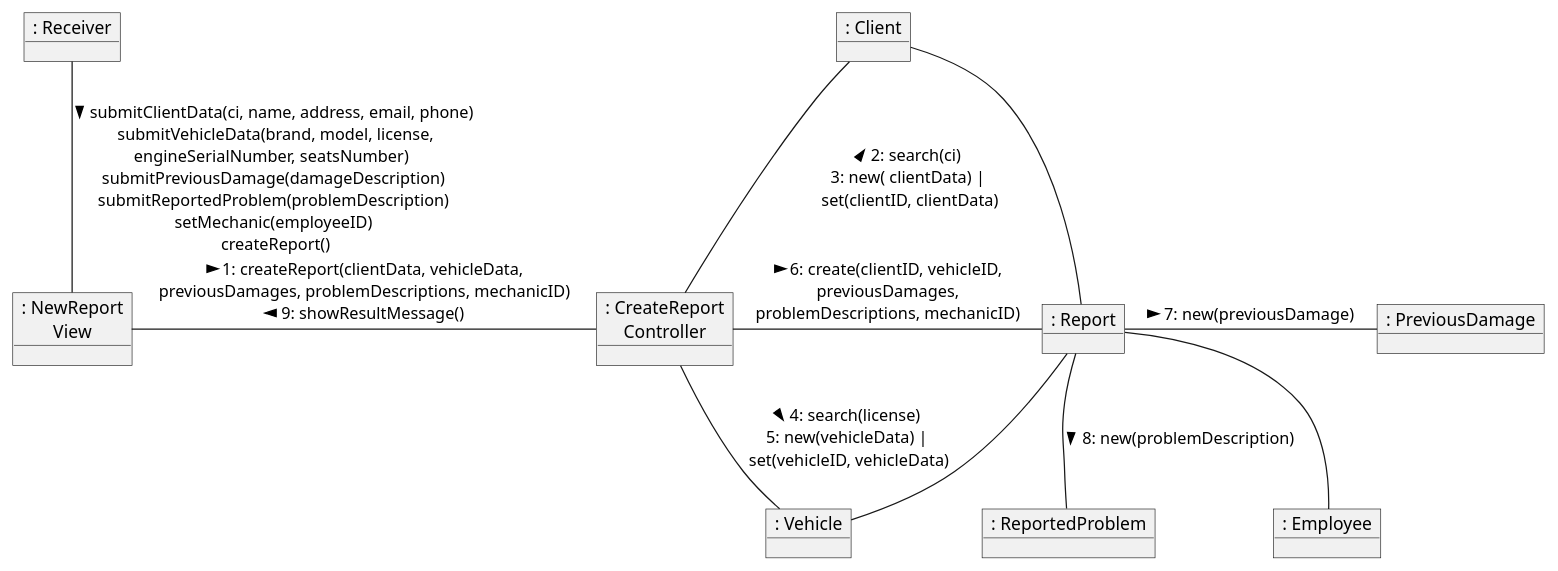
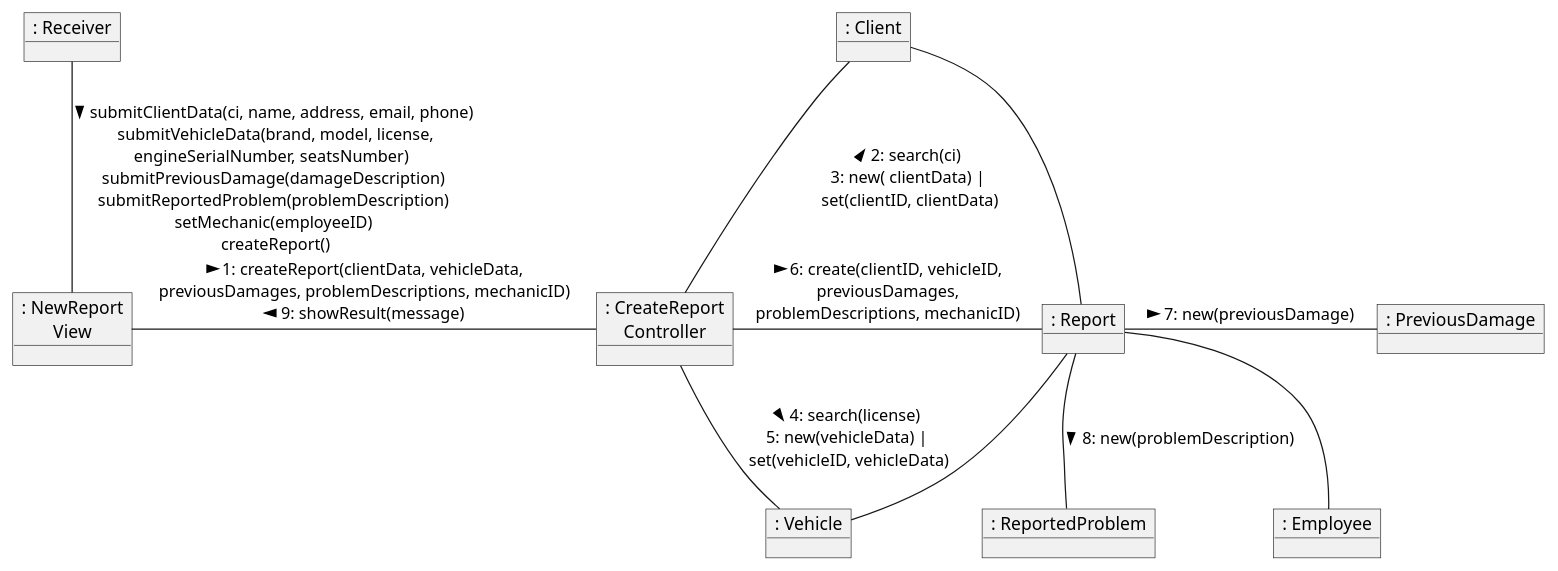
One commit to mpaulaherrero/IS-022023 changed the diagram in docs/diagrams/tallerMecanico/logicalView/analisysView/usecaseAnalisys/analysisComunicationDiagramUC1.plantuml. Above: the diagram before and after it, drawn with PlantUML. The commit also changed 5 other files, not shown here.

```diff
--- a/docs/diagrams/tallerMecanico/logicalView/analisysView/usecaseAnalisys/analysisComunicationDiagramUC1.plantuml
+++ b/docs/diagrams/tallerMecanico/logicalView/analisysView/usecaseAnalisys/analysisComunicationDiagramUC1.plantuml
@@ -1,23 +1,23 @@
 @startuml
 object ": Receiver" as Receiver
 object ": NewReport\nView" as NewReportView
 object ": Client" as Client
 object ": Vehicle" as Vehicle
 object ": Report" as Report
 object ": Employee" as Employee
 object ": PreviousDamage" as PreviousDamage
 object ": ReportedProblem" as ReportedProblem
 object ": CreateReport\nController" as CreateReportController
 
 Receiver -d- NewReportView : > submitClientData(ci, name, address, email, phone) \n submitVehicleData(brand, model, license,\nengineSerialNumber, seatsNumber) \n submitPreviousDamage(damageDescription) \n submitReportedProblem(problemDescription) \n setMechanic(employeeID) \n createReport()
-NewReportView -r- CreateReportController : > 1: createReport(clientData, vehicleData, \n previousDamages, problemDescriptions, mechanicID) \n 9: showResultMessage() <
+NewReportView -r- CreateReportController : > 1: createReport(clientData, vehicleData, \n previousDamages, problemDescriptions, mechanicID) \n 9: showResult(message) <
 CreateReportController -u- Client : < 2: search(ci) \n 3: new( clientData) | \n set(clientID, clientData)
 CreateReportController -d- Vehicle : > 4: search(license) \n 5: new(vehicleData) | \n set(vehicleID, vehicleData)
 CreateReportController -r- Report : > 6: create(clientID, vehicleID, \n previousDamages, \nproblemDescriptions, mechanicID)
 Report -- Client
 Report -- Vehicle
 Report -r- PreviousDamage: > 7: new(previousDamage)
 Report -- ReportedProblem: > 8: new(problemDescription)
 Report -- Employee
 
 @enduml
```
